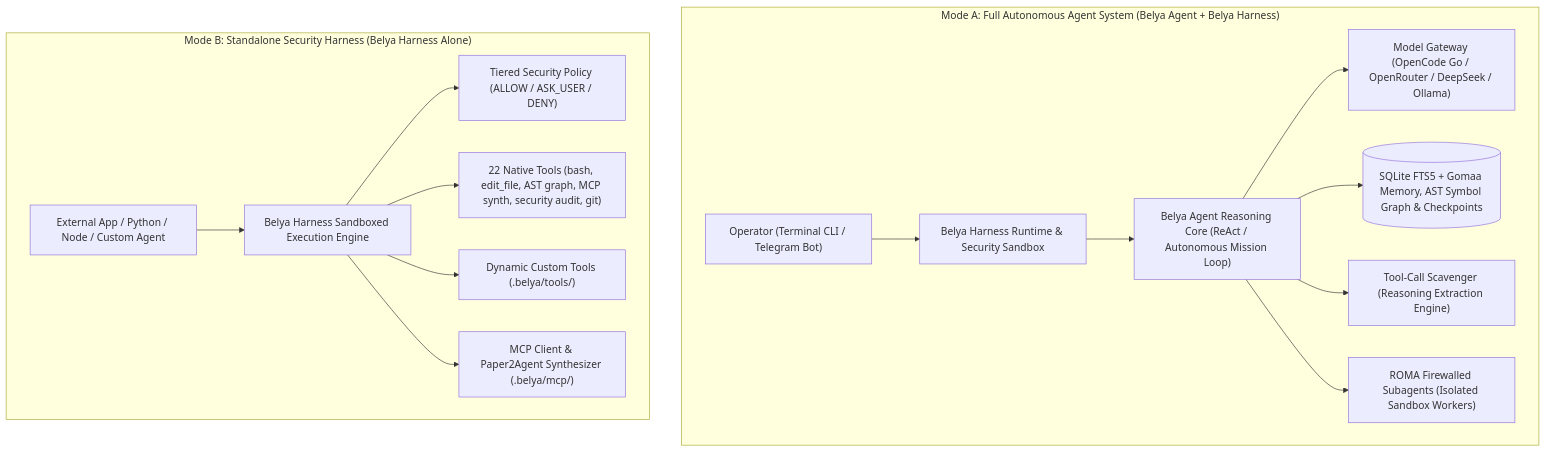
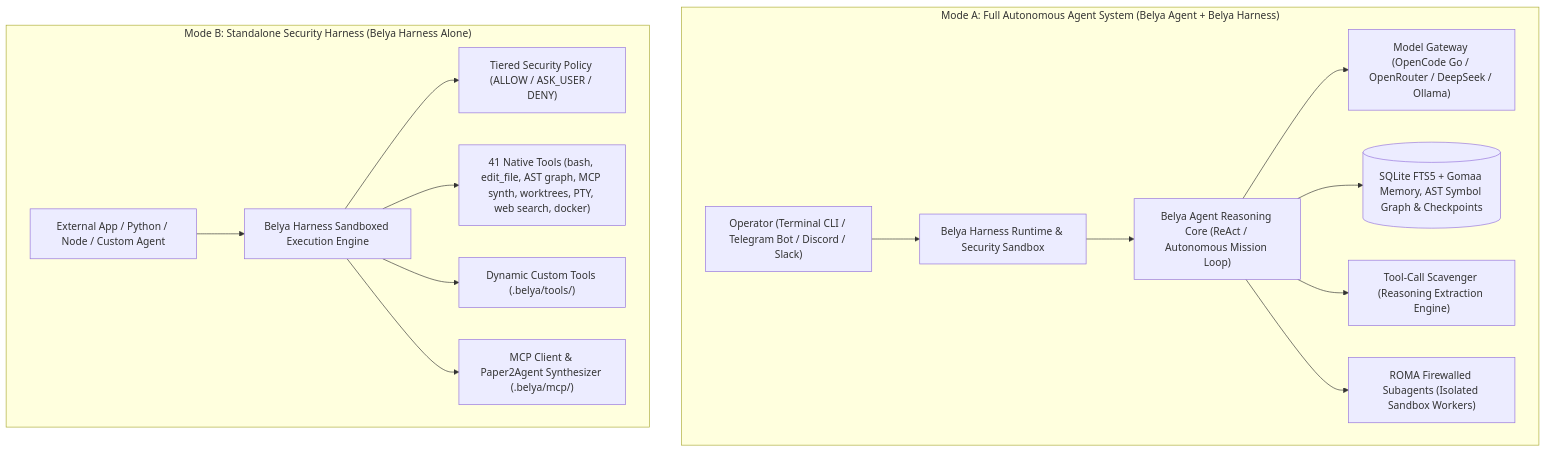
The first of 2 diagrams in README.md (M4F-S/Belya), drawn with Mermaid before and after one commit. The commit also changed other lines of this file, not shown here.

Commit message:
docs: audit and harmonize README for production readiness, 41 tools, omnichannel, and 48 tests

````diff
--- a/README.md
+++ b/README.md
@@ -70,19 +70,19 @@
 ```mermaid
 graph TD
     subgraph "Mode A: Full Autonomous Agent System (Belya Agent + Belya Harness)"
-        User["Operator (Terminal CLI / Telegram Bot)"] --> H["Belya Harness Runtime & Security Sandbox"]
+        User["Operator (Terminal CLI / Telegram Bot / Discord / Slack)"] --> H["Belya Harness Runtime & Security Sandbox"]
         H --> A["Belya Agent Reasoning Core (ReAct / Autonomous Mission Loop)"]
         A --> GW["Model Gateway (OpenCode Go / OpenRouter / DeepSeek / Ollama)"]
         A --> DB[("SQLite FTS5 + Gomaa Memory, AST Symbol Graph & Checkpoints")]
         A --> SCAV["Tool-Call Scavenger (Reasoning Extraction Engine)"]
         A --> SUB["ROMA Firewalled Subagents (Isolated Sandbox Workers)"]
     end
 
     subgraph "Mode B: Standalone Security Harness (Belya Harness Alone)"
         Ext["External App / Python / Node / Custom Agent"] --> H2["Belya Harness Sandboxed Execution Engine"]
         H2 --> SEC["Tiered Security Policy (ALLOW / ASK_USER / DENY)"]
-        H2 --> T1["22 Native Tools (bash, edit_file, AST graph, MCP synth, security audit, git)"]
+        H2 --> T1["41 Native Tools (bash, edit_file, AST graph, MCP synth, worktrees, PTY, web search, docker)"]
         H2 --> T2["Dynamic Custom Tools (.belya/tools/)"]
         H2 --> T3["MCP Client & Paper2Agent Synthesizer (.belya/mcp/)"]
     end
 ```
````
